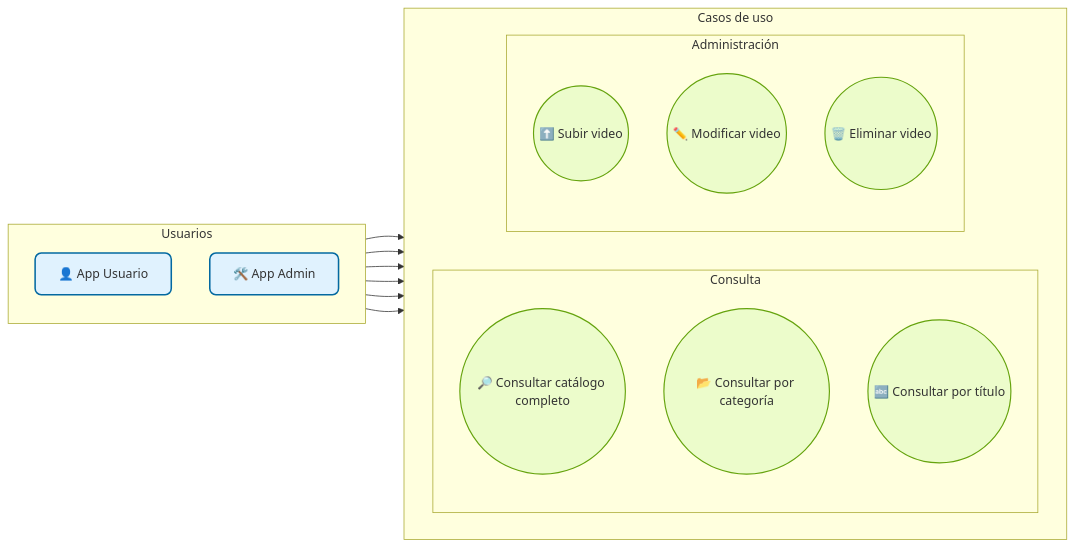
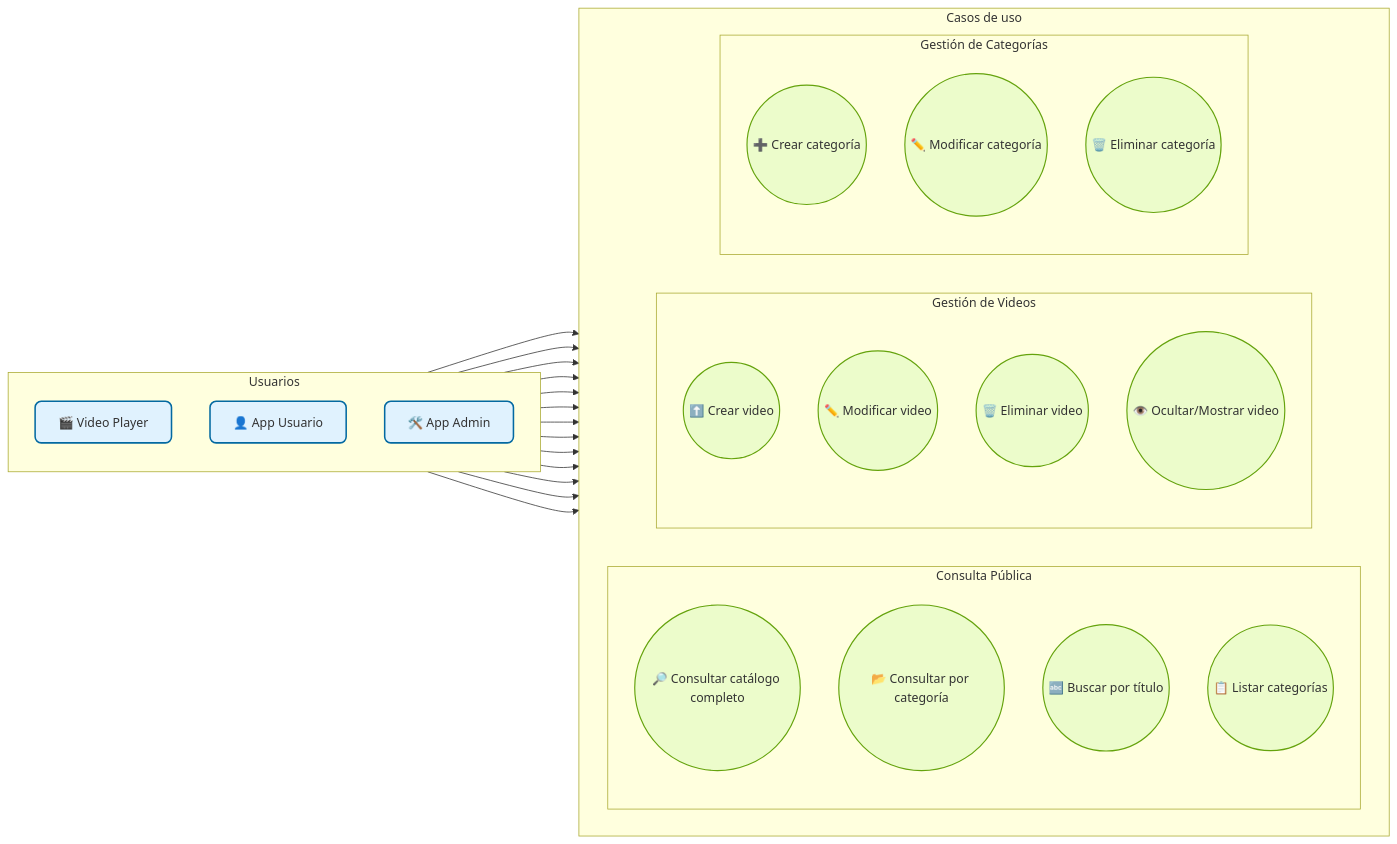
One commit to ComfyPenguin/Bloste-Docs changed the first of 8 diagrams in docs/backend/catalogo_contenidos.md. Above: the diagram before and after it, drawn with Mermaid. The commit also changed other lines of this file and 1 other file, not shown here.

First line of the commit message:
Update catalogo microservice documentation with complete API and architecture details

````diff
--- a/docs/backend/catalogo_contenidos.md
+++ b/docs/backend/catalogo_contenidos.md
@@ -24,44 +52,62 @@
 ```mermaid
 %%{init: {'theme':'base','themeVariables': {'primaryColor':'#0ea5a4','edgeColor':'#065f46','fontFamily':'"Inter", Arial'}} }%%
 graph LR
   %% Agrupación de usuarios
   subgraph Usuarios
     direction TB
+    U1[🎬 Video Player]
     U2[👤 App Usuario]
     U3[🛠️ App Admin]
   end
 
   %% Casos de uso divididos en dos áreas
   subgraph "Casos de uso"
     direction LR
-    subgraph Consulta
+    subgraph "Consulta Pública"
       direction TB
-      UC2((🔎 Consultar catálogo completo))
-      UC3((📂 Consultar por categoría))
-      UC4((🔤 Consultar por título))
+      UC1((🔎 Consultar catálogo completo))
+      UC2((📂 Consultar por categoría))
+      UC3((🔤 Buscar por título))
+      UC4((📋 Listar categorías))
     end
 
-    subgraph "Administración"
+    subgraph "Gestión de Videos"
       direction TB
-      UC5((⬆️ Subir video))
+      UC5((⬆️ Crear video))
       UC6((✏️ Modificar video))
       UC7((🗑️ Eliminar video))
+      UC8((👁️ Ocultar/Mostrar video))
+    end
+
+    subgraph "Gestión de Categorías"
+      direction TB
+      UC9((➕ Crear categoría))
+      UC10((✏️ Modificar categoría))
+      UC11((🗑️ Eliminar categoría))
     end
   end
 
-  %% Relaciones
+  %% Relaciones - Consulta
+  U1 --> UC1
+  U1 --> UC2
+  U2 --> UC1
   U2 --> UC2
   U2 --> UC3
   U2 --> UC4
 
+  %% Relaciones - Administración
   U3 --> UC5
   U3 --> UC6
   U3 --> UC7
+  U3 --> UC8
+  U3 --> UC9
+  U3 --> UC10
+  U3 --> UC11
 
   %% Estilos
-  class U2,U3 usernode
-  class UC2,UC3,UC4,UC5,UC6,UC7 usecase
+  class U1,U2,U3 usernode
+  class UC1,UC2,UC3,UC4,UC5,UC6,UC7,UC8,UC9,UC10,UC11 usecase
 
   classDef usernode fill:#e0f2fe,stroke:#0369a1,stroke-width:2px,rx:8px;
   classDef usecase fill:#ecfccb,stroke:#65a30d,stroke-width:1.5px,rx:20px;
 ```
````
